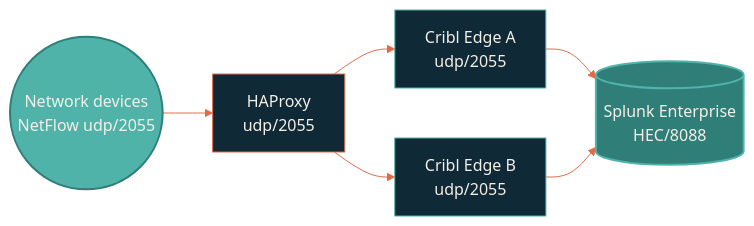
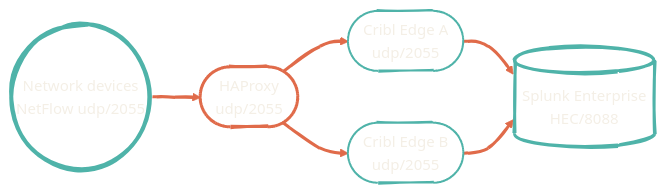
Before and after one commit to dryvist/docs: the second of 2 diagrams in architecture/data-pipelines.mdx, drawn with Mermaid. The commit also changed other lines of this file and 10 other files, not shown here.

First line of the commit message:
fix(diagrams): hand-drawn look + transparent fills across all 10 diagrams

````diff
--- a/architecture/data-pipelines.mdx
+++ b/architecture/data-pipelines.mdx
@@ -36,15 +38,17 @@
 ```mermaid
-%%{init: {'theme':'base','themeVariables':{'primaryColor':'#4FB3A9','primaryTextColor':'#F4EFE6','primaryBorderColor':'#2F7E78','lineColor':'#E06B4A','secondaryColor':'#102937','tertiaryColor':'#0B1D2A','clusterBkg':'#102937','clusterBorder':'#2F7E78'}}}%%
+%%{init: {'theme':'base','look':'handDrawn','themeVariables':{'primaryColor':'#4FB3A9','primaryTextColor':'#F4EFE6','primaryBorderColor':'#2F7E78','lineColor':'#E06B4A','secondaryColor':'#102937','tertiaryColor':'#0B1D2A','clusterBkg':'transparent','clusterBorder':'#4FB3A9','fontFamily':'Geist','fontSize':'15px'}}}%%
 flowchart LR
-  Net(("Network devices<br/>NetFlow udp/2055")) --> HA["HAProxy<br/>udp/2055"]
-  HA --> EA["Cribl Edge A<br/>udp/2055"]
-  HA --> EB["Cribl Edge B<br/>udp/2055"]
+  Net(("Network devices<br/>NetFlow udp/2055")) --> HA(["HAProxy<br/>udp/2055"])
+  HA --> EA(["Cribl Edge A<br/>udp/2055"])
+  HA --> EB(["Cribl Edge B<br/>udp/2055"])
   EA --> Splunk[("Splunk Enterprise<br/>HEC/8088")]
   EB --> Splunk
 
-  style Net fill:#4FB3A9,stroke:#2F7E78,stroke-width:2px,color:#F4EFE6
-  style HA fill:#102937,stroke:#E06B4A,color:#F4EFE6
-  style EA fill:#102937,stroke:#4FB3A9,color:#F4EFE6
-  style EB fill:#102937,stroke:#4FB3A9,color:#F4EFE6
-  style Splunk fill:#2F7E78,stroke:#4FB3A9,stroke-width:2px,color:#F4EFE6
+  style Net fill:transparent,stroke:#4FB3A9,stroke-width:4px,color:#F4EFE6
+  style HA fill:transparent,stroke:#E06B4A,stroke-width:3px,color:#F4EFE6
+  style EA fill:transparent,stroke:#4FB3A9,stroke-width:2px,color:#F4EFE6
+  style EB fill:transparent,stroke:#4FB3A9,stroke-width:2px,color:#F4EFE6
+  style Splunk fill:transparent,stroke:#4FB3A9,stroke-width:3px,color:#F4EFE6
+
+  linkStyle default stroke:#E06B4A,stroke-width:3px
 ```
````
